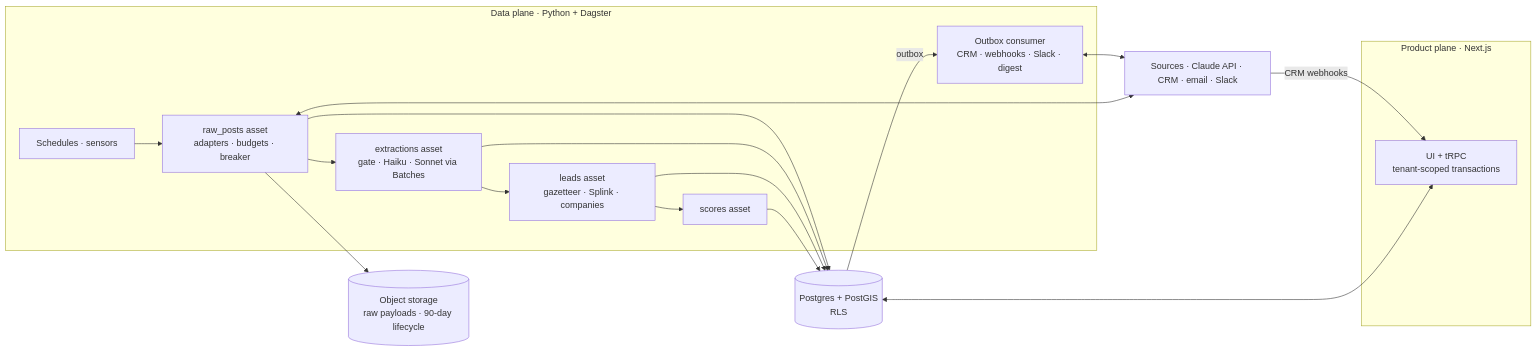
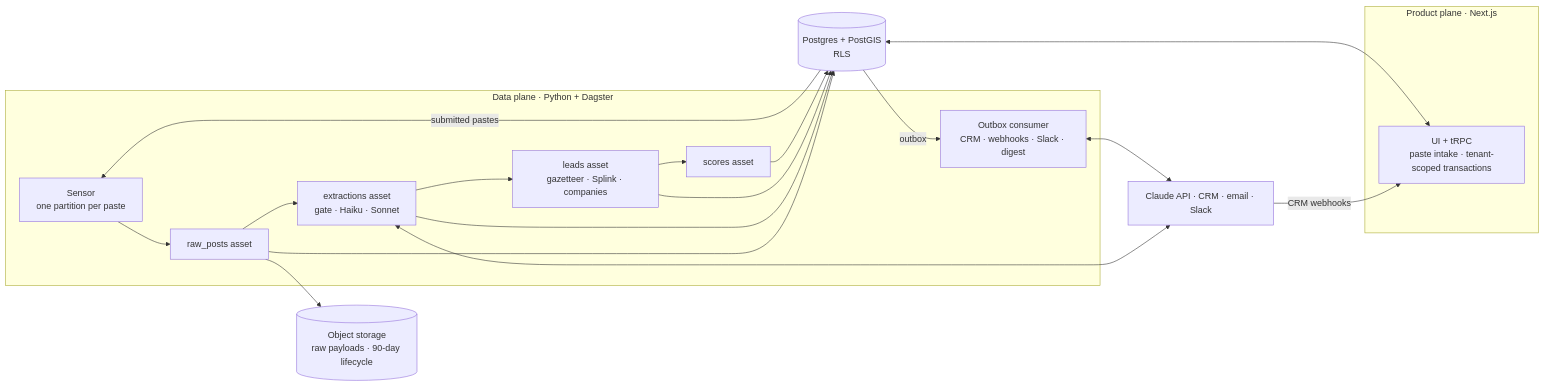
Before and after one commit to andrearaujokerry/realestate: the diagram in docs/designs/design-c-two-planes.md, drawn with Mermaid. The commit also changed other lines of this file and 4 other files, not shown here.

````diff
--- a/docs/designs/design-c-two-planes.md
+++ b/docs/designs/design-c-two-planes.md
@@ -22,29 +25,30 @@
 ```mermaid
 flowchart LR
   subgraph dp["Data plane · Python + Dagster"]
-    SCH["Schedules · sensors"]
-    RAW["raw_posts asset<br/>adapters · budgets · breaker"]
-    XTR["extractions asset<br/>gate · Haiku · Sonnet via Batches"]
+    SEN["Sensor<br/>one partition per paste"]
+    RAW["raw_posts asset"]
+    XTR["extractions asset<br/>gate · Haiku · Sonnet"]
     RES["leads asset<br/>gazetteer · Splink · companies"]
     SCO["scores asset"]
     OB["Outbox consumer<br/>CRM · webhooks · Slack · digest"]
-    SCH --> RAW --> XTR --> RES --> SCO
+    SEN --> RAW --> XTR --> RES --> SCO
   end
   subgraph pp["Product plane · Next.js"]
-    APP["UI + tRPC<br/>tenant-scoped transactions"]
+    APP["UI + tRPC<br/>paste intake · tenant-scoped transactions"]
   end
   OBJ[("Object storage<br/>raw payloads · 90-day lifecycle")]
   DB[("Postgres + PostGIS<br/>RLS")]
-  EXT["Sources · Claude API · CRM · email · Slack"]
+  EXT["Claude API · CRM · email · Slack"]
 
+  APP <--> DB
+  DB -- "submitted pastes" --> SEN
   RAW --> OBJ
   RAW --> DB
   XTR --> DB
   RES --> DB
   SCO --> DB
-  APP <--> DB
+  XTR <--> EXT
   DB -- "outbox" --> OB
   OB <--> EXT
-  RAW <--> EXT
   EXT -- "CRM webhooks" --> APP
 ```
````
